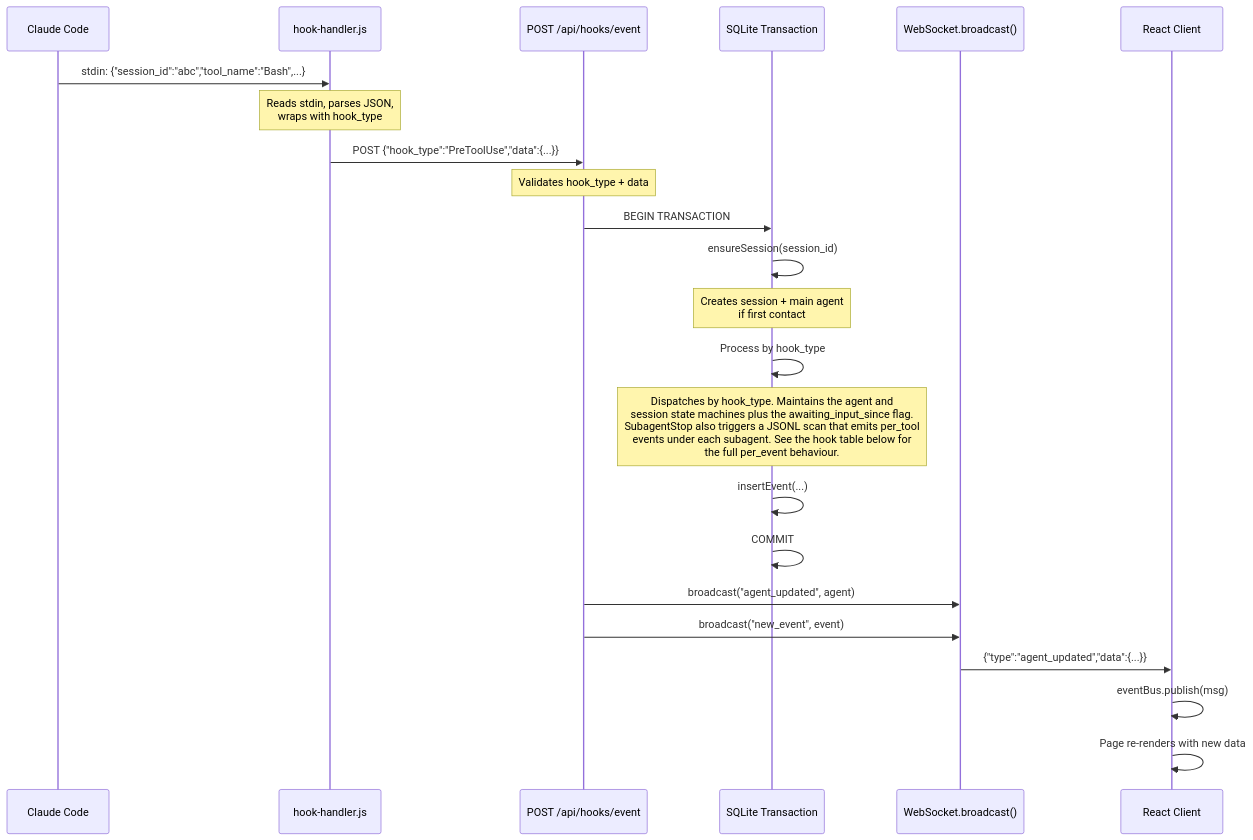
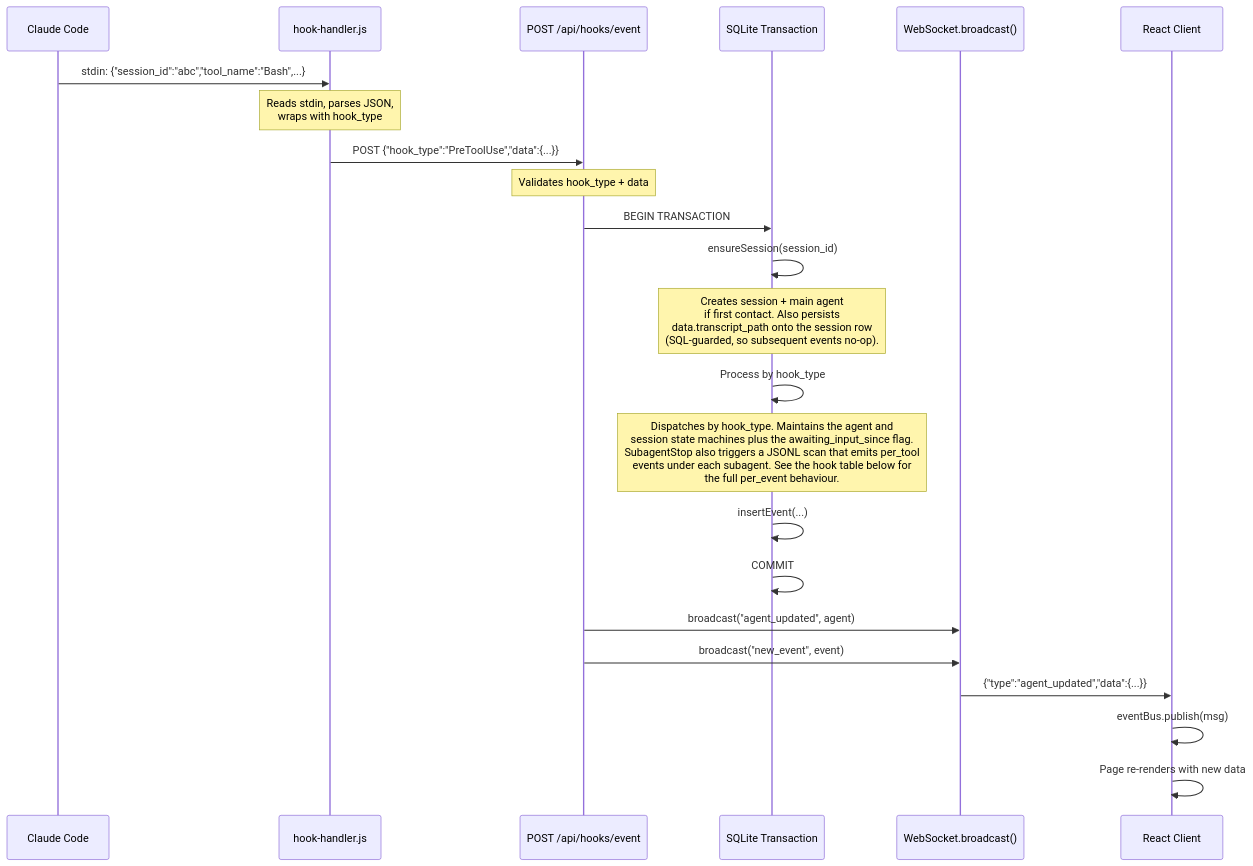
Before and after one commit to zhangqinzhong/Claude-Code-Agent-Monitor: the third of 46 diagrams in ARCHITECTURE.md, drawn with Mermaid. The commit also changed other lines of this file and 7 other files, not shown here.

````diff
--- a/ARCHITECTURE.md
+++ b/ARCHITECTURE.md
@@ -213,32 +213,32 @@
 ```mermaid
 sequenceDiagram
     participant CC as Claude Code
     participant HH as hook-handler.js
     participant API as POST /api/hooks/event
     participant TX as SQLite Transaction
     participant WS as WebSocket.broadcast()
     participant UI as React Client
 
     CC->>HH: stdin: {"session_id":"abc","tool_name":"Bash",...}
     Note over HH: Reads stdin, parses JSON,<br/>wraps with hook_type
 
     HH->>API: POST {"hook_type":"PreToolUse","data":{...}}
     Note over API: Validates hook_type + data
 
     API->>TX: BEGIN TRANSACTION
     TX->>TX: ensureSession(session_id)
-    Note over TX: Creates session + main agent<br/>if first contact
+    Note over TX: Creates session + main agent<br/>if first contact. Also persists<br/>data.transcript_path onto the session row<br/>(SQL-guarded, so subsequent events no-op).
 
     TX->>TX: Process by hook_type
     Note over TX: Dispatches by hook_type. Maintains the agent and<br/>session state machines plus the awaiting_input_since flag.<br/>SubagentStop also triggers a JSONL scan that emits per_tool<br/>events under each subagent. See the hook table below for<br/>the full per_event behaviour.
 
     TX->>TX: insertEvent(...)
     TX->>TX: COMMIT
 
     API->>WS: broadcast("agent_updated", agent)
     API->>WS: broadcast("new_event", event)
 
     WS->>UI: {"type":"agent_updated","data":{...}}
     UI->>UI: eventBus.publish(msg)
     UI->>UI: Page re-renders with new data
 ```
````
